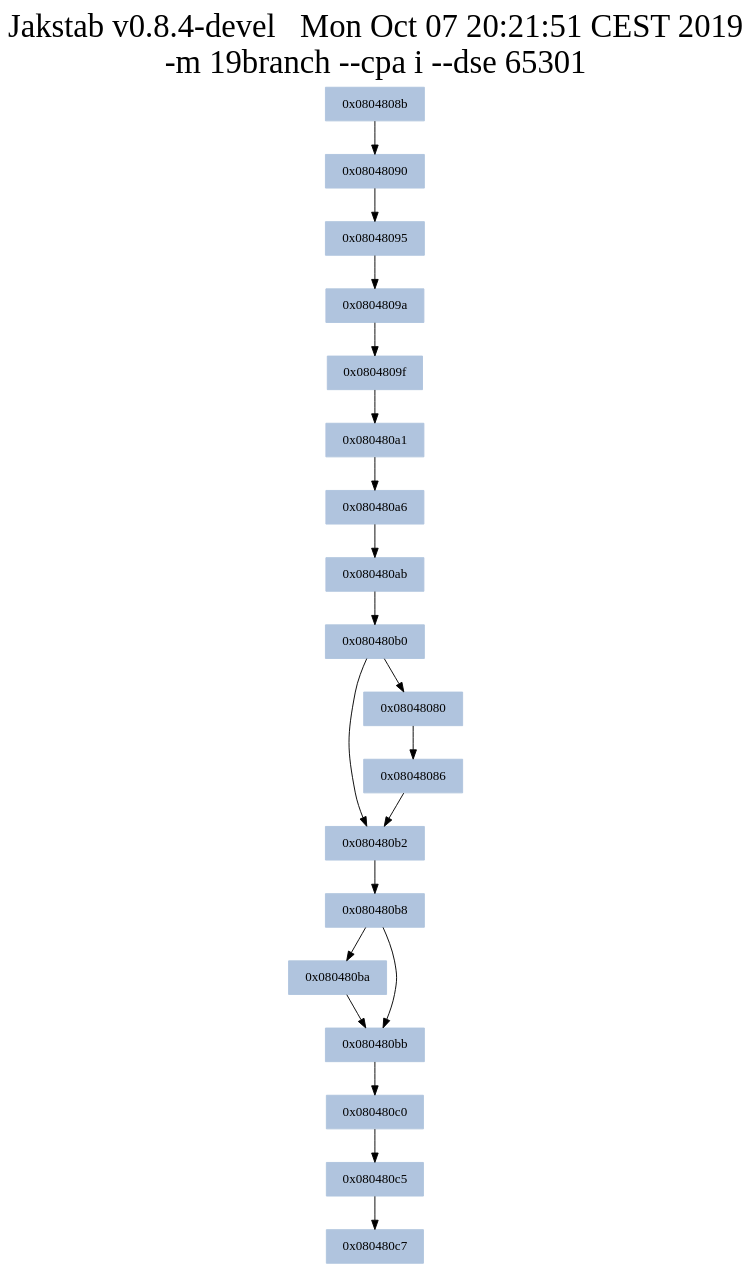
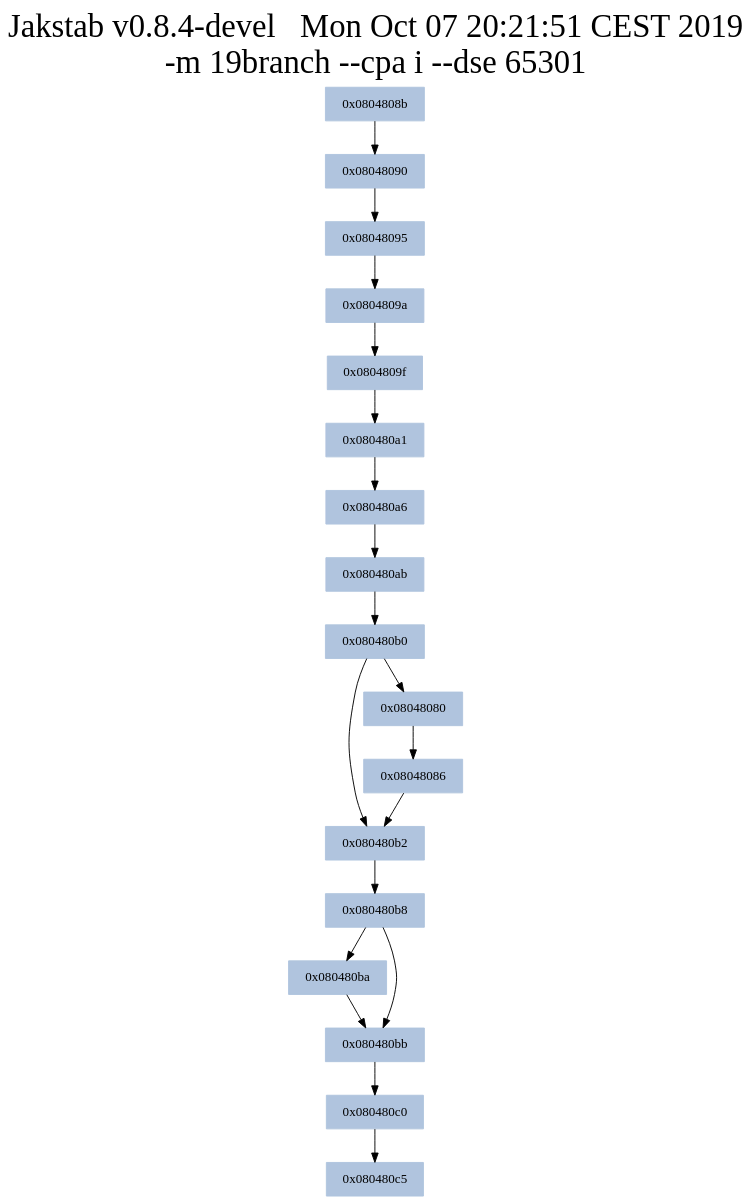
Before and after one commit to tpetersonkth/AlternatingControlFlowReconstruction: the diagram in Input/IdealCFAs/19branch_ideal.dot, drawn with Graphviz.

Commit message:
Fixed small mistake in manually created ideal graph

```diff
--- a/Input/IdealCFAs/19branch_ideal.dot
+++ b/Input/IdealCFAs/19branch_ideal.dot
@@ -1,42 +1,40 @@
 digraph G {
 node[shape=rectangle,style=filled,fillcolor=lightsteelblue,color=lightsteelblue]
 bgcolor="transparent"
 graph [label="Jakstab v0.8.4-devel   Mon Oct 07 20:21:51 CEST 2019\n-m 19branch --cpa i --dse 65301", labelloc=t, fontsize=35, pad=30]
 "0x080480c5"[label="0x080480c5\n"];
 "0x08048086"[label="0x08048086\n"];
 "0x080480a6"[label="0x080480a6\n"];
-"0x080480c7"[label="0x080480c7\n"];
 "0x080480a1"[label="0x080480a1\n"];
 "0x08048090"[label="0x08048090\n"];
 "0x080480b0"[label="0x080480b0\n"];
 "0x0804808b"[label="0x0804808b\n"];
 "0x080480ab"[label="0x080480ab\n"];
 "0x08048095"[label="0x08048095\n"];
 "0x080480b8"[label="0x080480b8\n"];
 "0x080480b2"[label="0x080480b2\n"];
 "0x0804809f"[label="0x0804809f\n"];
 "0x080480c0"[label="0x080480c0\n"];
 "0x08048080"[label="0x08048080\n"];
 "0x0804809a"[label="0x0804809a\n"];
 "0x080480ba"[label="0x080480ba\n"];
 "0x080480bb"[label="0x080480bb\n"];
 "0x08048095" -> "0x0804809a" [color="#000000"];
 "0x080480b8" -> "0x080480bb" [color="#000000"];
 "0x0804809f" -> "0x080480a1" [color="#000000"];
 "0x080480b2" -> "0x080480b8" [color="#000000"];
-"0x080480c5" -> "0x080480c7" [color="#000000"];
 "0x080480a6" -> "0x080480ab" [color="#000000"];
 "0x080480c0" -> "0x080480c5" [color="#000000"];
 "0x080480b0" -> "0x08048080" [color="#000000"];
 "0x080480a1" -> "0x080480a6" [color="#000000"];
 "0x08048086" -> "0x080480b2" [color="#000000"];
 "0x080480ba" -> "0x080480bb" [color="#000000"];
 "0x08048090" -> "0x08048095" [color="#000000"];
 "0x080480ab" -> "0x080480b0" [color="#000000"];
 "0x080480bb" -> "0x080480c0" [color="#000000"];
 "0x0804809a" -> "0x0804809f" [color="#000000"];
 "0x080480b0" -> "0x080480b2" [color="#000000"];
 "0x08048080" -> "0x08048086" [color="#000000"];
 "0x0804808b" -> "0x08048090" [color="#000000"];
 "0x080480b8" -> "0x080480ba" [color="#000000"];
 }
```
